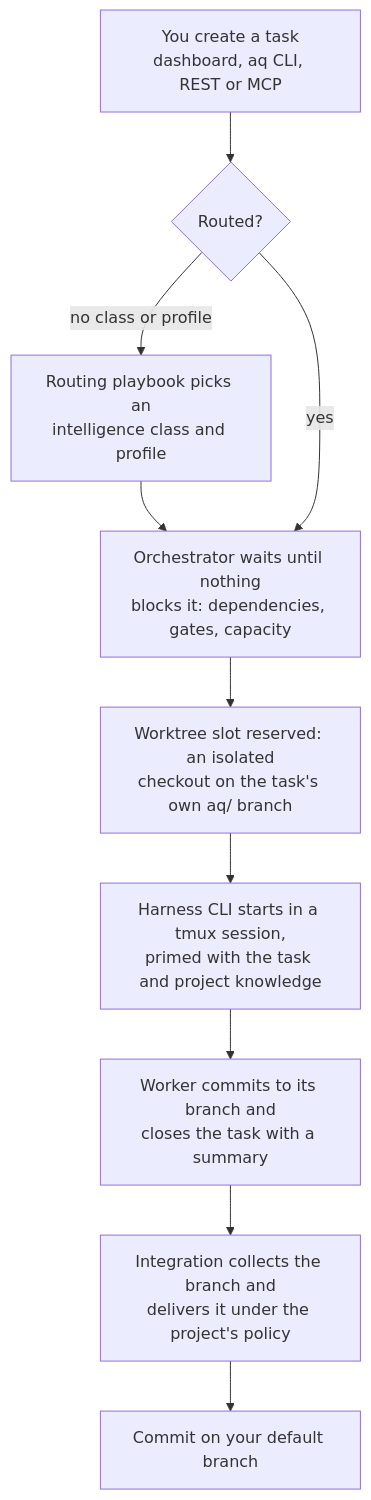
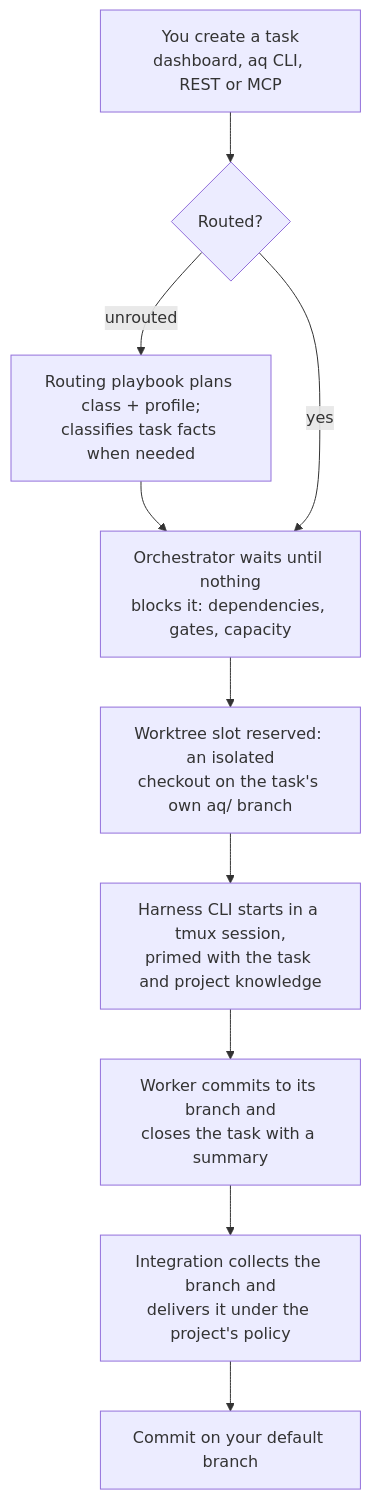
Before and after one commit to ElectricJack/agent-queue: the diagram in README.md, drawn with Mermaid. The commit also changed other lines of this file and 11 other files, not shown here.

````diff
--- a/README.md
+++ b/README.md
@@ -76,12 +76,12 @@
 ```mermaid
 flowchart TD
     A["You create a task<br/>dashboard, aq CLI, REST or MCP"] --> B{"Routed?"}
-    B -- "no class or profile" --> R["Routing playbook picks an<br/>intelligence class and profile"]
+    B -- "unrouted" --> R["Routing playbook plans class + profile;<br/>classifies task facts when needed"]
     R --> C
     B -- yes --> C["Orchestrator waits until nothing<br/>blocks it: dependencies, gates, capacity"]
     C --> D["Worktree slot reserved: an isolated<br/>checkout on the task's own aq/ branch"]
     D --> E["Harness CLI starts in a tmux session,<br/>primed with the task and project knowledge"]
     E --> F["Worker commits to its branch and<br/>closes the task with a summary"]
     F --> G["Integration collects the branch and<br/>delivers it under the project's policy"]
     G --> H["Commit on your default branch"]
 ```
````
